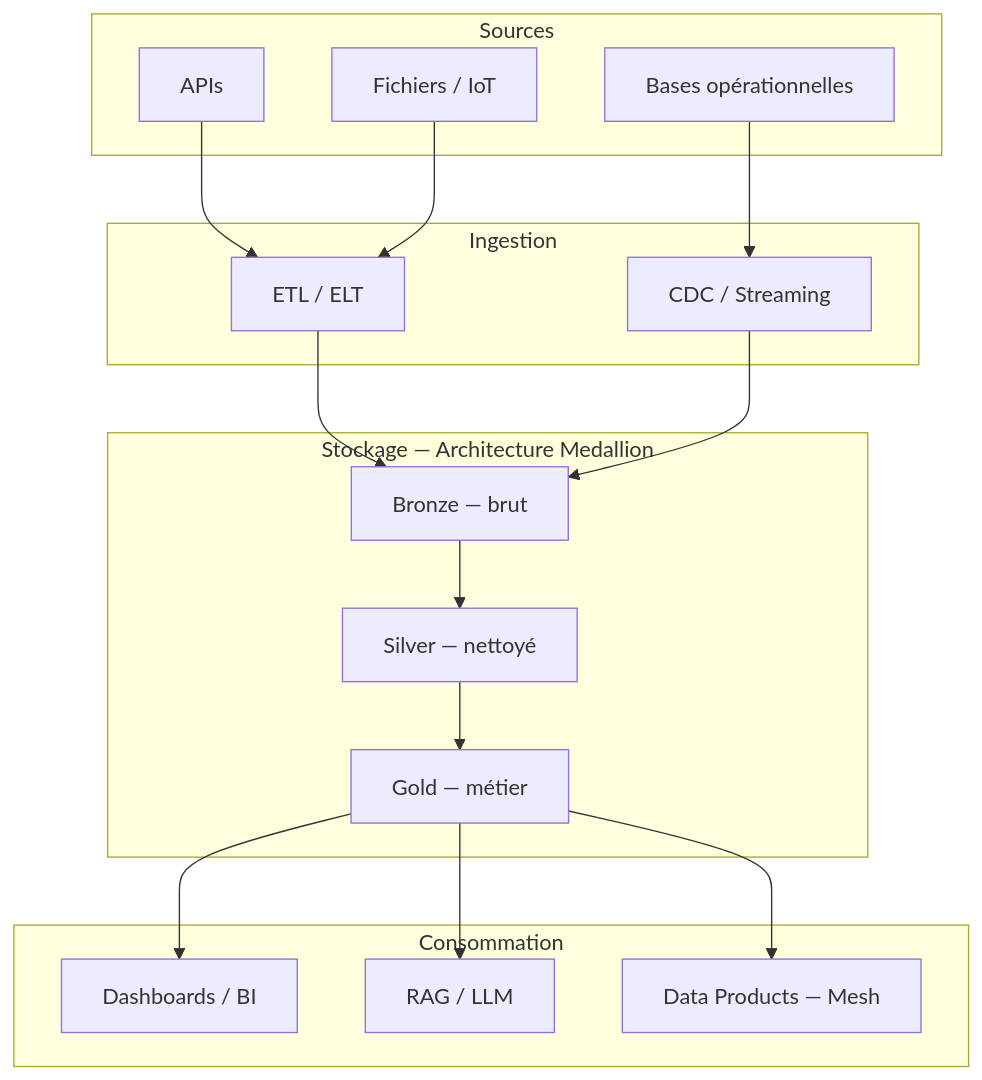
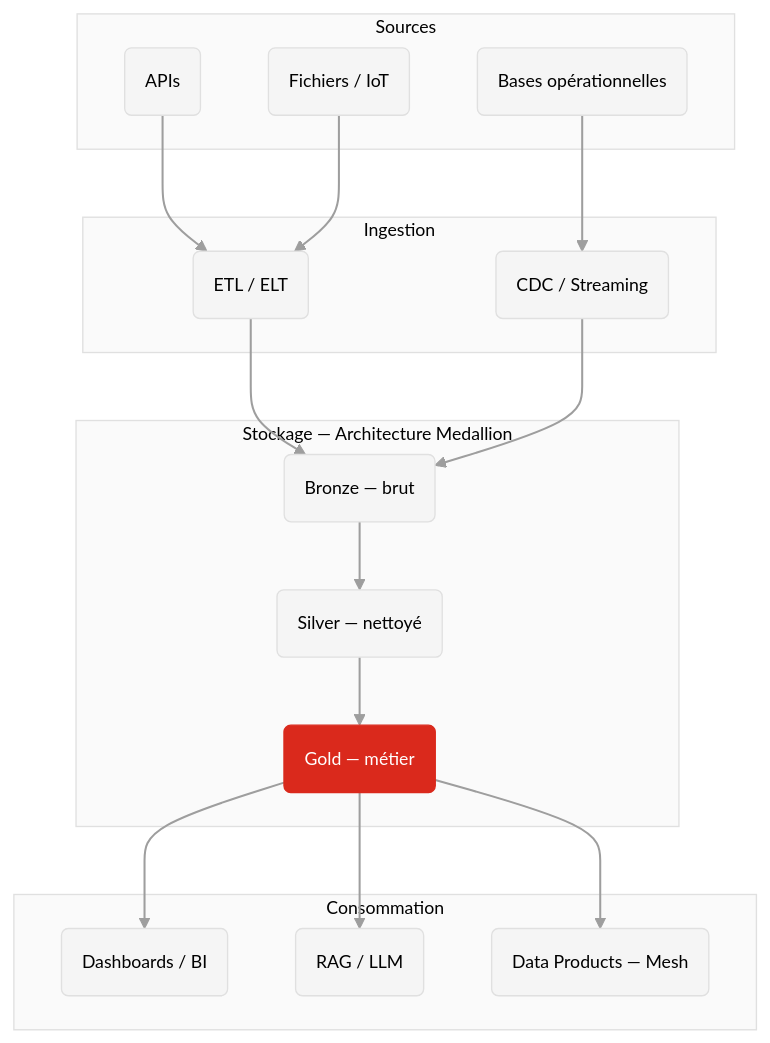
One commit to MediaComem/comem-infradon changed the fifth of 5 diagrams in cours/09-architectures-modernes.md. Above: the diagram before and after it, drawn with Mermaid. The commit also changed other lines of this file and 1 other file, not shown here.

Commit message:
change style of diagrams

````diff
--- a/cours/09-architectures-modernes.md
+++ b/cours/09-architectures-modernes.md
@@ -597,36 +616,41 @@
 ```mermaid {scale: 0.5}
+%%{init: {'theme': 'base', 'themeVariables': {'primaryColor': '#f5f5f5', 'primaryTextColor': '#000', 'primaryBorderColor': '#e0e0e0', 'lineColor': '#9e9e9e', 'fontFamily': 'Roboto', 'fontSize': '13px', 'clusterBkg': '#fafafa', 'clusterBorder': '#e0e0e0'}}}%%
 graph TB
     subgraph "Sources"
-        S1[APIs]
-        S2[Bases opérationnelles]
-        S3[Fichiers / IoT]
+        S1(APIs)
+        S2(Bases opérationnelles)
+        S3(Fichiers / IoT)
     end
 
     subgraph "Ingestion"
-        I1[ETL / ELT]
-        I2[CDC / Streaming]
+        I1(ETL / ELT)
+        I2(CDC / Streaming)
     end
 
     subgraph "Stockage — Architecture Medallion"
-        B[Bronze — brut]
-        Si[Silver — nettoyé]
-        G[Gold — métier]
+        B(Bronze — brut)
+        Si(Silver — nettoyé)
+        G(Gold — métier)
     end
 
     subgraph "Consommation"
-        C1[Dashboards / BI]
-        C2[RAG / LLM]
-        C3[Data Products — Mesh]
+        C1(Dashboards / BI)
+        C2(RAG / LLM)
+        C3(Data Products — Mesh)
     end
 
     S1 --> I1
     S2 --> I2
     S3 --> I1
     I1 --> B
     I2 --> B
     B --> Si
     Si --> G
     G --> C1
     G --> C2
     G --> C3
+
+    style G fill:#DA291C,stroke:#DA291C,color:#fff
+
+    linkStyle default stroke:#9e9e9e,stroke-width:1.5px
 ```
````
